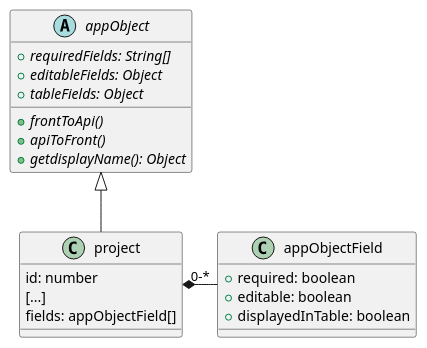
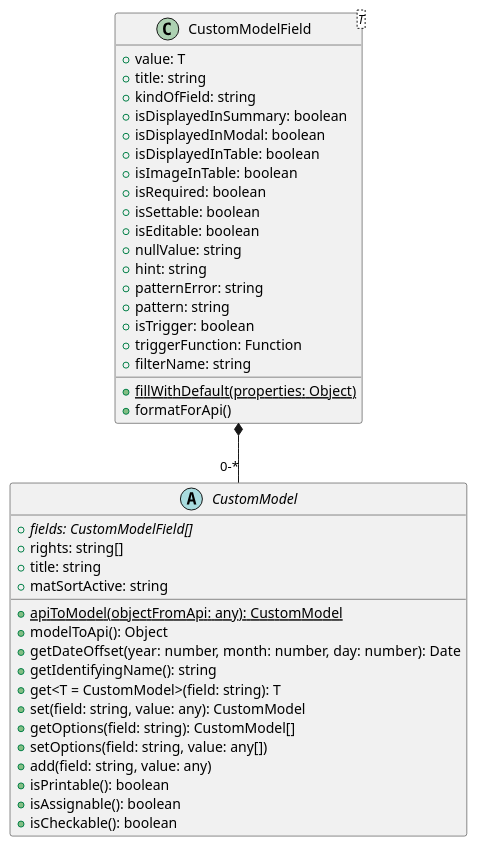
One commit to ReliefApplications/bms_front changed the diagram in src/app/model/uml/models.plantuml. Above: the diagram before and after it, drawn with PlantUML. The commit also changed 25 other files, not shown here.

```diff
--- a/src/app/model/uml/models.plantuml
+++ b/src/app/model/uml/models.plantuml
@@ -1,27 +1,47 @@
 @startuml updatedModel
-abstract class appObject {
-    + {abstract} requiredFields: String[]
-    + {abstract} editableFields: Object
-    + {abstract} tableFields: Object
+abstract class CustomModel {
+    + {abstract} fields: CustomModelField[]
+    + rights: string[]
+    + title: string
+    + matSortActive: string
 
-
-    + {abstract} frontToApi()
-    + {abstract} apiToFront()
-    + {abstract} getdisplayName(): Object
+    + {static} apiToModel(objectFromApi: any): CustomModel
+    + modelToApi(): Object
+    + getDateOffset(year: number, month: number, day: number): Date
+    + getIdentifyingName(): string
+    + get<T = CustomModel>(field: string): T
+    + set(field: string, value: any): CustomModel
+    + getOptions(field: string): CustomModel[]
+    + setOptions(field: string, value: any[])
+    + add(field: string, value: any)
+    + isPrintable(): boolean
+    + isAssignable(): boolean
+    + isCheckable(): boolean
+    
 }
 
-class project {
-    id: number
-    [...]
-    fields: appObjectField[]
+class CustomModelField<T> {
+    + value: T
+    + title: string
+    + kindOfField: string
+    + isDisplayedInSummary: boolean
+    + isDisplayedInModal: boolean
+    + isDisplayedInTable: boolean
+    + isImageInTable: boolean
+    + isRequired: boolean
+    + isSettable: boolean
+    + isEditable: boolean
+    + nullValue: string
+    + hint: string
+    + patternError: string
+    + pattern: string
+    + isTrigger: boolean
+    + triggerFunction: Function
+    + filterName: string
+    
+    + {static} fillWithDefault(properties: Object)
+    + formatForApi()
 }
 
-class appObjectField {
-    + required: boolean
-    + editable: boolean
-    + displayedInTable: boolean
-}
-
-appObject <|-- project
-project *- "0-*" appObjectField
+CustomModelField *-- "0-*" CustomModel
 @enduml
```
